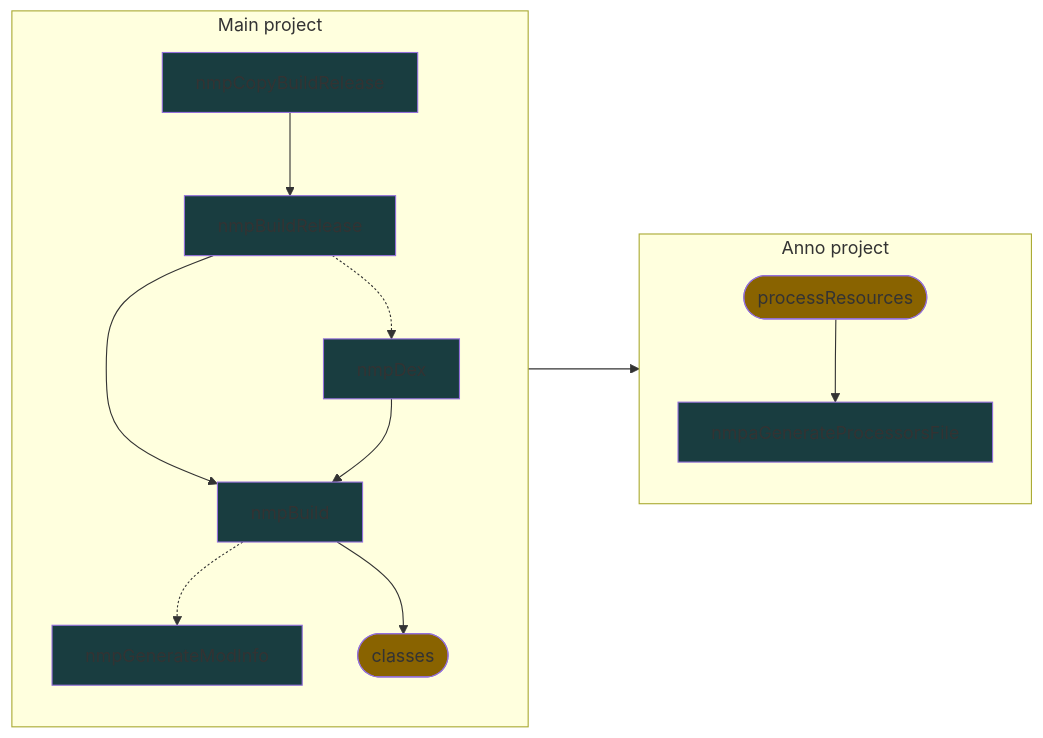
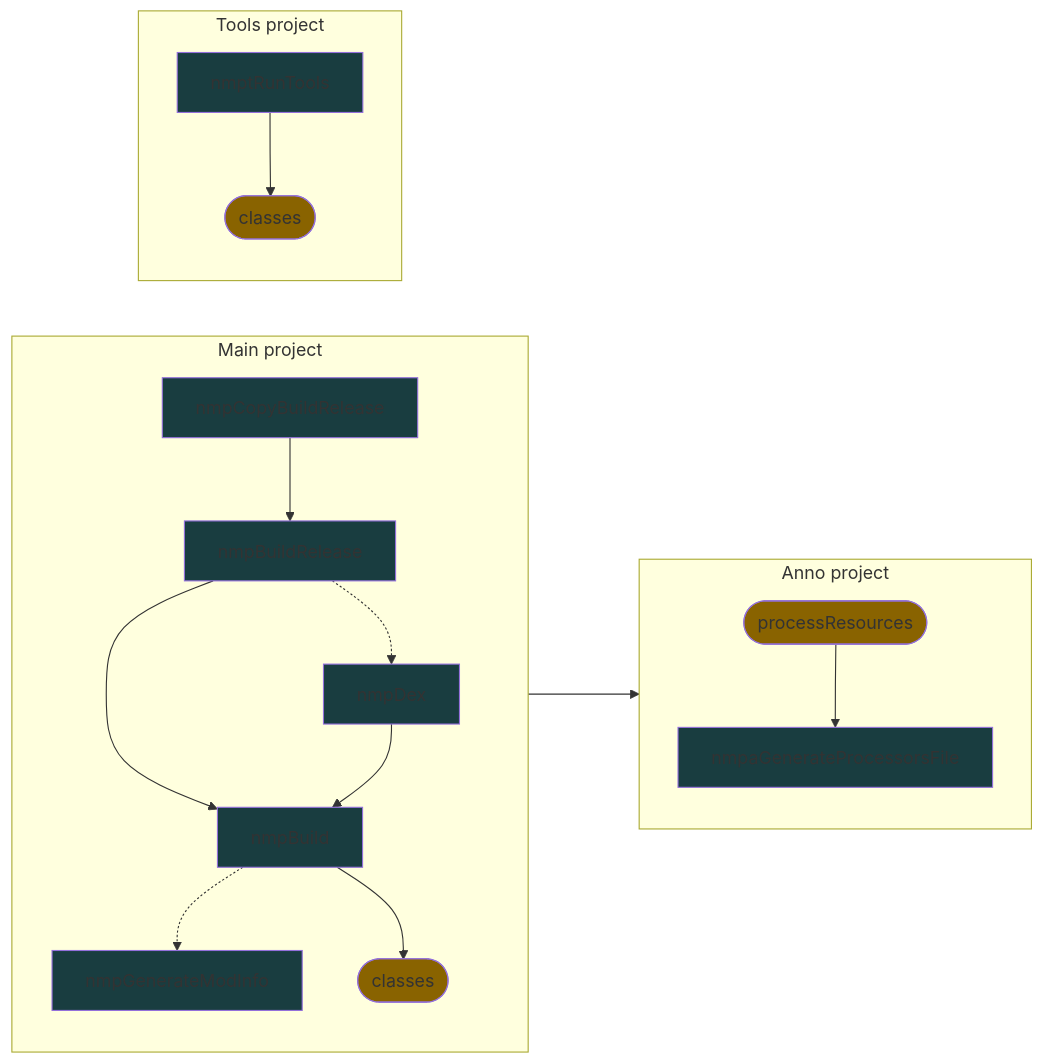
The diagram in README.md (nekit508/mindustry-mod-plugin), drawn with Mermaid before and after one commit. The commit also changed other lines of this file and 14 other files, not shown here.

````diff
--- a/README.md
+++ b/README.md
@@ -81,32 +94,41 @@
 ```mermaid
 graph LR;
     classDef nmpTask fill:#193d40
     classDef defTask fill:#896300
     
     subgraph mainProject [Main project]
         direction TB
         nmpCopyBuildRelease-->nmpBuildRelease
         nmpBuildRelease-.->nmpDex
         nmpBuildRelease-->nmpBuild
         nmpDex-->nmpBuild
         nmpBuild-.->nmpGenerateModInfo
-        nmpBuild-->classes([classes])
+        nmpBuild-->mainProject:classes([classes])
     end
     
     subgraph annoProject [Anno project]
         direction TB
-        processResources([processResources])-->nmpaGenerateProcessorsFile
+        annoProject:processResources([processResources])-->nmpaGenerateProcessorsFile
+    end
+    
+    subgraph toolsProject [Tools project]
+        direction TB
+        nmptRunTools --> toolsProject:classes([classes])
     end
     
     class nmpCopyBuildRelease nmpTask
     class nmpBuildRelease nmpTask
     class nmpDex nmpTask
     class nmpBuild nmpTask
     class nmpGenerateModInfo nmpTask
+    
     class nmpaGenerateProcessorsFile nmpTask
+    
+    class nmptRunTools nmpTask
         
-    class classes defTask
-    class processResources defTask
+    class mainProject:classes defTask
+    class toolsProject:classes defTask
+    class annoProject:processResources defTask
     
     mainProject ---> annoProject
 ```
````
